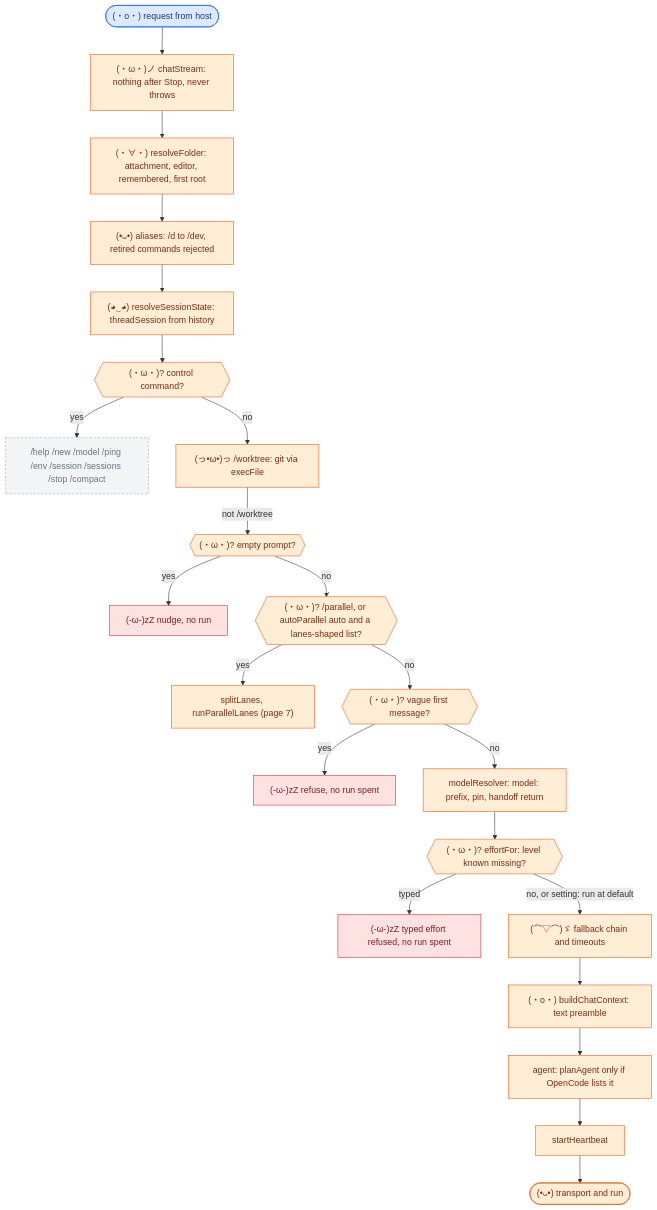
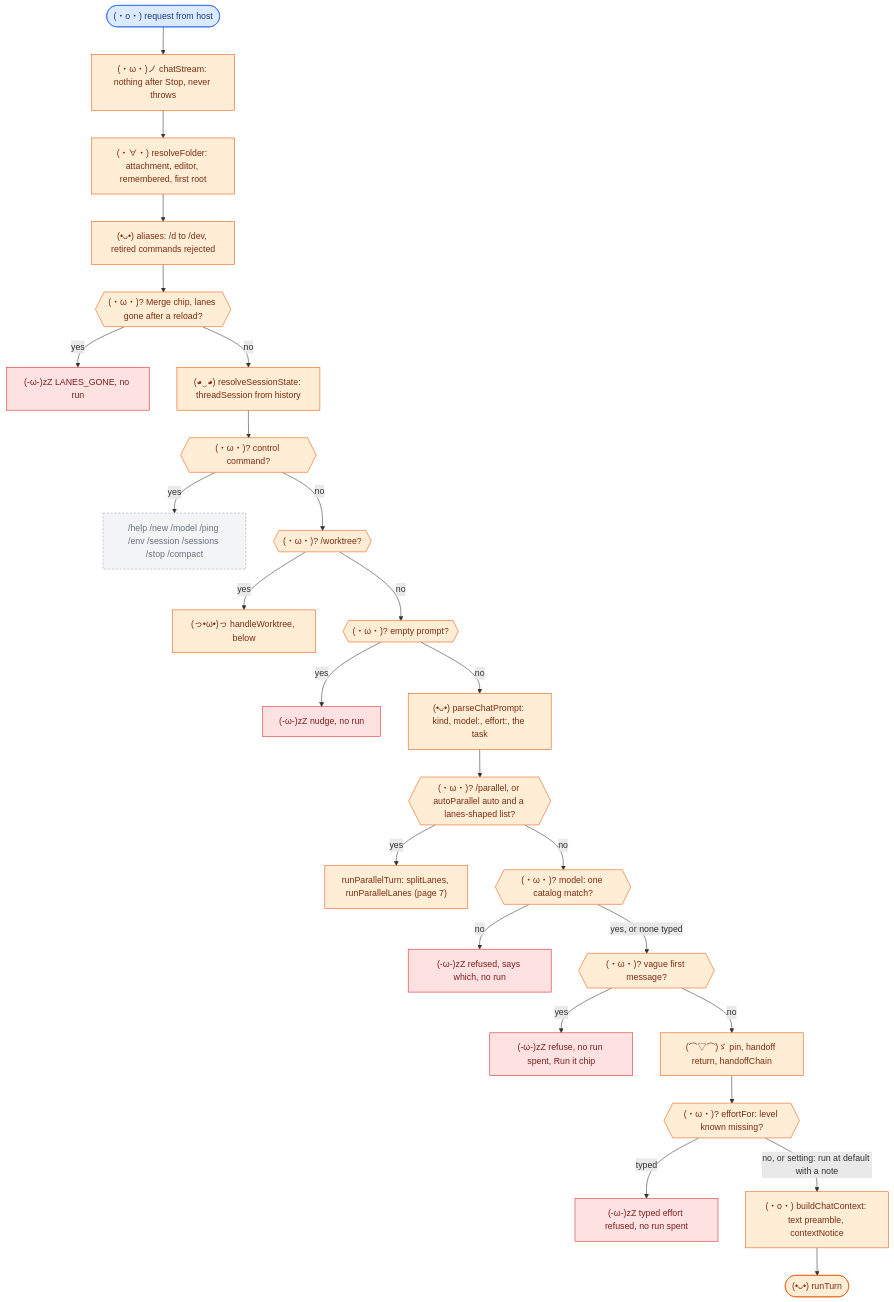
One commit to Artsrun/oc-copilot changed the first of 4 diagrams in docs/flow/02-chat-turn.md. Above: the diagram before and after it, drawn with Mermaid. The commit also changed other lines of this file and 18 other files, not shown here.

First line of the commit message:
Docs: flow pages, README, AGENTS and notes brought up to 0.0.236

````diff
--- a/docs/flow/02-chat-turn.md
+++ b/docs/flow/02-chat-turn.md
@@ -7,43 +7,51 @@
 ```mermaid
 flowchart TD
   classDef host fill:#dbeafe,stroke:#2563eb,color:#1e3a8a
   classDef bridge fill:#ffedd5,stroke:#ea580c,color:#7c2d12
   classDef stop fill:#fee2e2,stroke:#dc2626,color:#7f1d1d
   classDef off fill:#f3f4f6,stroke:#9ca3af,color:#6b7280,stroke-dasharray: 4 3
 
   S(["(・o・) request from host"]):::host
   W["(・ω・)ノ chatStream: nothing after Stop, never throws"]:::bridge
   F["(・∀・) resolveFolder: attachment, editor, remembered, first root"]:::bridge
   AL["(•ᴗ•) aliases: /d to /dev, retired commands rejected"]:::bridge
+  MG{{"(・ω・)? Merge chip, lanes gone after a reload?"}}:::bridge
+  MGN["(-ω-)zZ LANES_GONE, no run"]:::stop
   SS["(◕‿◕) resolveSessionState: threadSession from history"]:::bridge
   C1{{"(・ω・)? control command?"}}:::bridge
   CC["/help /new /model /ping /env /session /sessions /stop /compact"]:::off
-  WT["(っ•ω•)っ /worktree: git via execFile"]:::bridge
+  WQ{{"(・ω・)? /worktree?"}}:::bridge
+  WT["(っ•ω•)っ handleWorktree, below"]:::bridge
   EM{{"(・ω・)? empty prompt?"}}:::bridge
   NU["(-ω-)zZ nudge, no run"]:::stop
+  PP["(•ᴗ•) parseChatPrompt: kind, model:, effort:, the task"]:::bridge
   PL{{"(・ω・)? /parallel, or autoParallel auto and a lanes-shaped list?"}}:::bridge
-  LN["splitLanes, runParallelLanes (page 7)"]:::bridge
+  LN["runParallelTurn: splitLanes, runParallelLanes (page 7)"]:::bridge
+  MR{{"(・ω・)? model: one catalog match?"}}:::bridge
+  MRN["(-ω-)zZ refused, says which, no run"]:::stop
   VG{{"(・ω・)? vague first message?"}}:::bridge
-  RF["(-ω-)zZ refuse, no run spent"]:::stop
-  MR["modelResolver: model: prefix, pin, handoff return"]:::bridge
+  RF["(-ω-)zZ refuse, no run spent, Run it chip"]:::stop
+  FB["(⌒▽⌒)ゞ pin, handoff return, handoffChain"]:::bridge
   EF{{"(・ω・)? effortFor: level known missing?"}}:::bridge
   ER["(-ω-)zZ typed effort refused, no run spent"]:::stop
-  FB["(⌒▽⌒)ゞ fallback chain and timeouts"]:::bridge
-  CX["(・o・) buildChatContext: text preamble"]:::bridge
-  AG["agent: planAgent only if OpenCode lists it"]:::bridge
-  HB["startHeartbeat"]:::bridge
-  GO(["(•ᴗ•) transport and run"]):::bridge
+  CX["(・o・) buildChatContext: text preamble, contextNotice"]:::bridge
+  GO(["(•ᴗ•) runTurn"]):::bridge
 
-  S --> W --> F --> AL --> SS --> C1
+  S --> W --> F --> AL --> MG
+  MG -->|yes| MGN
+  MG -->|no| SS --> C1
   C1 -->|yes| CC
-  C1 -->|no| WT
-  WT -->|not /worktree| EM
+  C1 -->|no| WQ
+  WQ -->|yes| WT
+  WQ -->|no| EM
   EM -->|yes| NU
-  EM -->|no| PL
+  EM -->|no| PP --> PL
   PL -->|yes| LN
-  PL -->|no| VG
+  PL -->|no| MR
+  MR -->|no| MRN
+  MR -->|yes, or none typed| VG
   VG -->|yes| RF
-  VG -->|no| MR --> EF
+  VG -->|no| FB --> EF
   EF -->|typed| ER
-  EF -->|no, or setting: run at default| FB --> CX --> AG --> HB --> GO
+  EF -->|no, or setting: run at default with a note| CX --> GO
 ```
````
